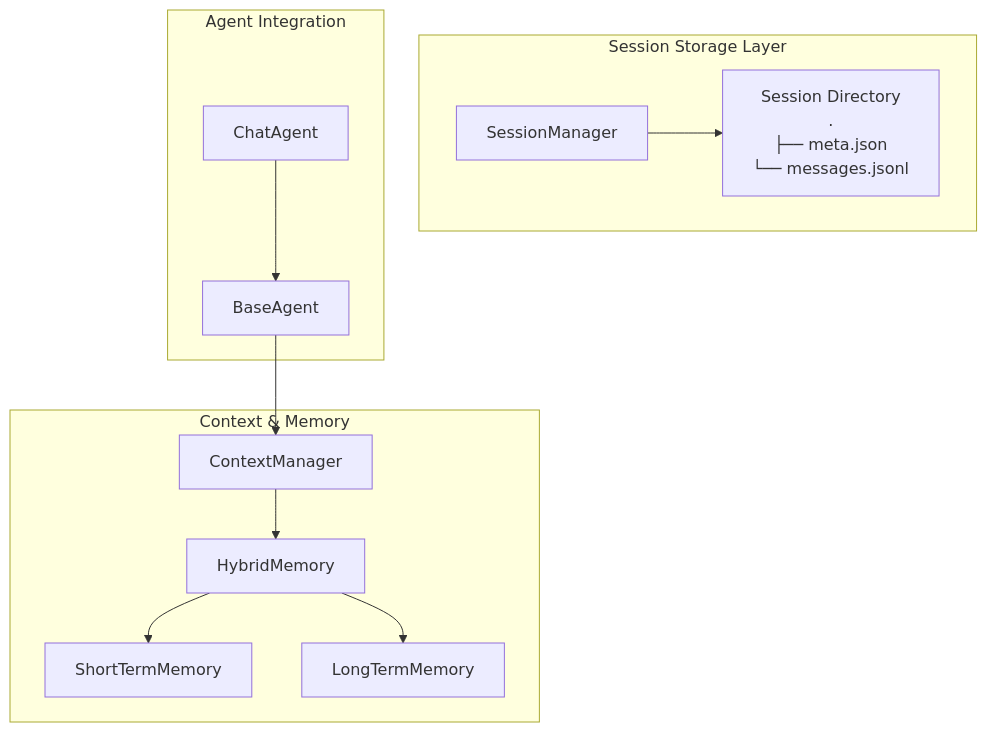
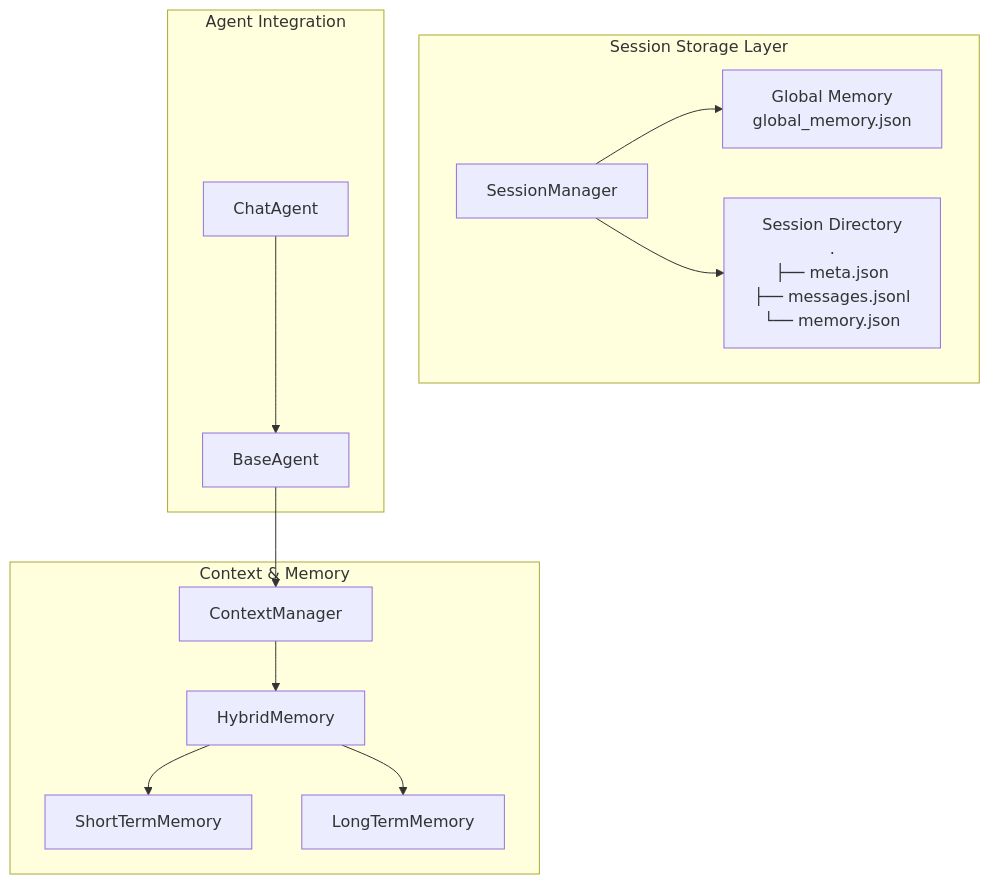
One commit to 1996Paul-Wen/HarnessAIDemo changed the first of 7 diagrams in .qoder/repowiki/en/content/Advanced Features/Session Management.md. Above: the diagram before and after it, drawn with Mermaid. The commit also changed other lines of this file and 4 other files, not shown here.

````diff
--- a/.qoder/repowiki/en/content/Advanced Features/Session Management.md
+++ b/.qoder/repowiki/en/content/Advanced Features/Session Management.md
@@ -44,23 +47,25 @@
 ```mermaid
 graph TB
 subgraph "Session Storage Layer"
 SM["SessionManager"]
-SD["Session Directory<br/>.<br/>├── meta.json<br/>└── messages.jsonl"]
+GM["Global Memory<br/>global_memory.json"]
+SD["Session Directory<br/>.<br/>├── meta.json<br/>├── messages.jsonl<br/>└── memory.json"]
 end
 subgraph "Context & Memory"
 CM["ContextManager"]
 HM["HybridMemory"]
 STM["ShortTermMemory"]
 LTM["LongTermMemory"]
 end
 subgraph "Agent Integration"
 BA["BaseAgent"]
 CA["ChatAgent"]
 end
+SM --> GM
 SM --> SD
 BA --> CM
 CM --> HM
 HM --> STM
 HM --> LTM
 CA --> BA
 ```
````
